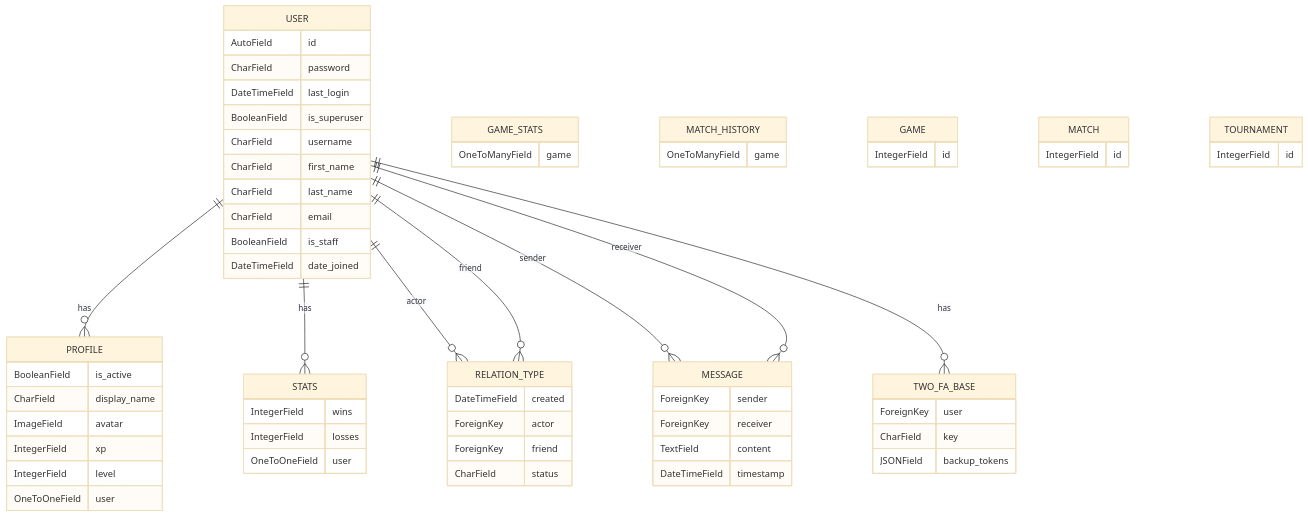
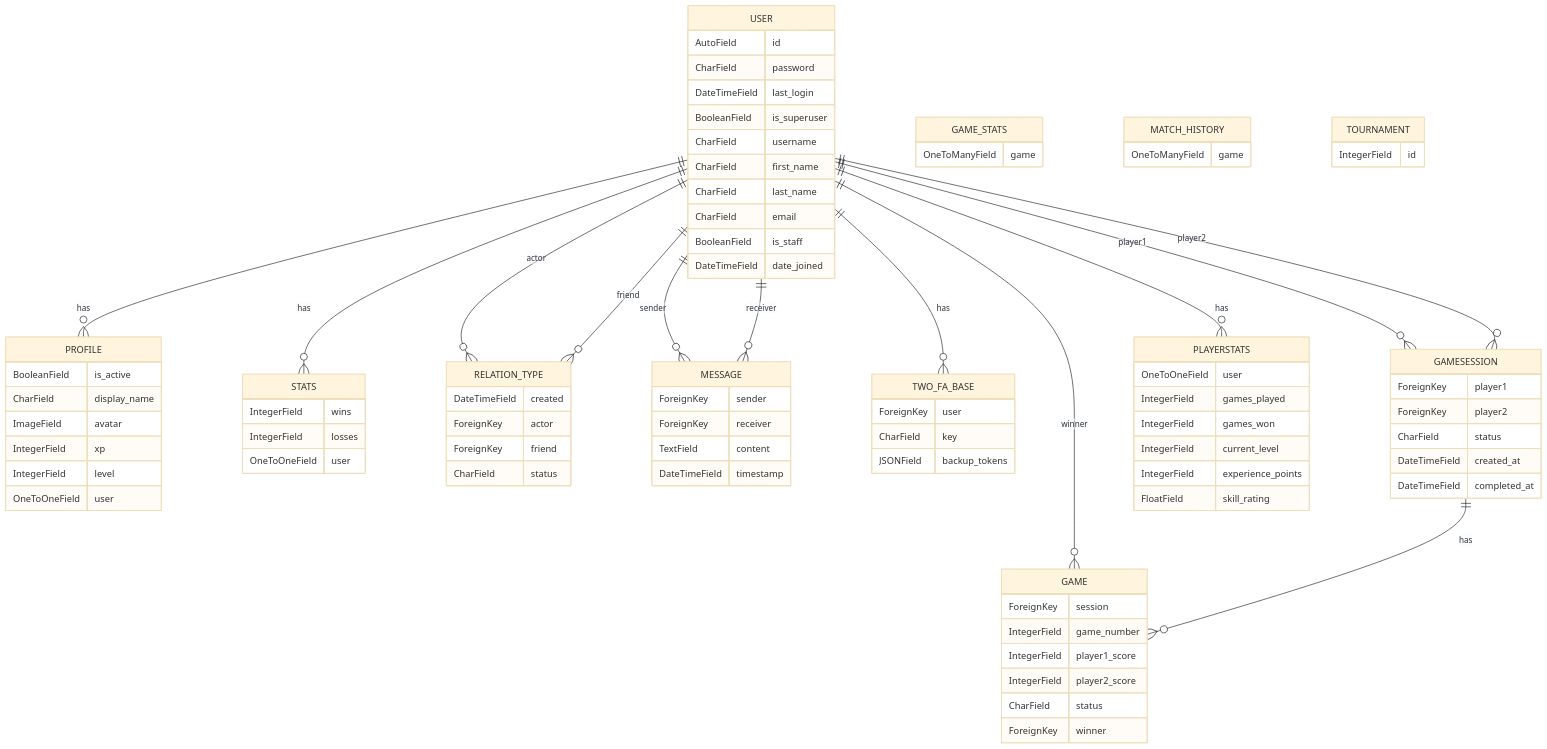
One commit to oumaima-aarabe/ft_transcendence changed the diagram in README.md. Above: the diagram before and after it, drawn with Mermaid (base theme). The commit also changed other lines of this file, not shown here.

Commit message:
chore: Update Erd Diagram according to updated game models

````diff
--- a/README.md
+++ b/README.md
@@ -127,18 +128,34 @@
         OneToManyField game
     }
 
-    GAME {
+    TOURNAMENT {
         IntegerField id
     }
 
-    MATCH {
-    IntegerField id
+    GAMESESSION {
+        ForeignKey player1
+        ForeignKey player2
+        CharField status
+        DateTimeField created_at
+        DateTimeField completed_at
     }
-    
 
+    GAME {
+        ForeignKey session
+        IntegerField game_number
+        IntegerField player1_score
+        IntegerField player2_score
+        CharField status
+        ForeignKey winner
+    }
 
-    TOURNAMENT {
-    IntegerField id
+    PLAYERSTATS {
+        OneToOneField user
+        IntegerField games_played
+        IntegerField games_won
+        IntegerField current_level
+        IntegerField experience_points
+        FloatField skill_rating
     }
 
     USER ||--o{ PROFILE : has
@@ -148,6 +165,12 @@
     USER ||--o{ MESSAGE : "sender"
     USER ||--o{ MESSAGE : "receiver"
     USER ||--o{ TWO_FA_BASE : has
+    USER ||--o{ GAMESESSION : "player1"
+    USER ||--o{ GAMESESSION : "player2"
+    USER ||--o{ GAME : "winner"
+    USER ||--o{ PLAYERSTATS : has
+    GAMESESSION ||--o{ GAME : has
+
 
 
 ```
````
